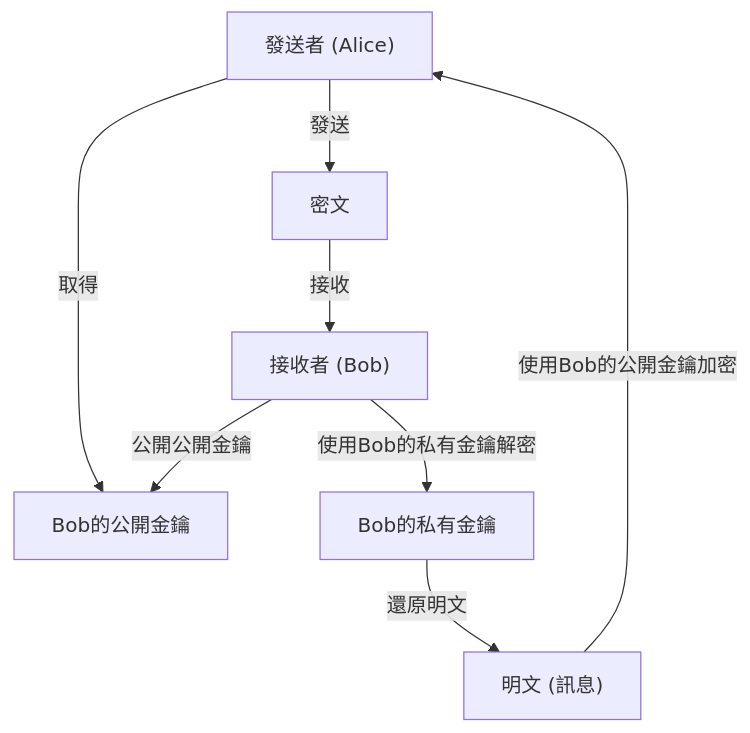
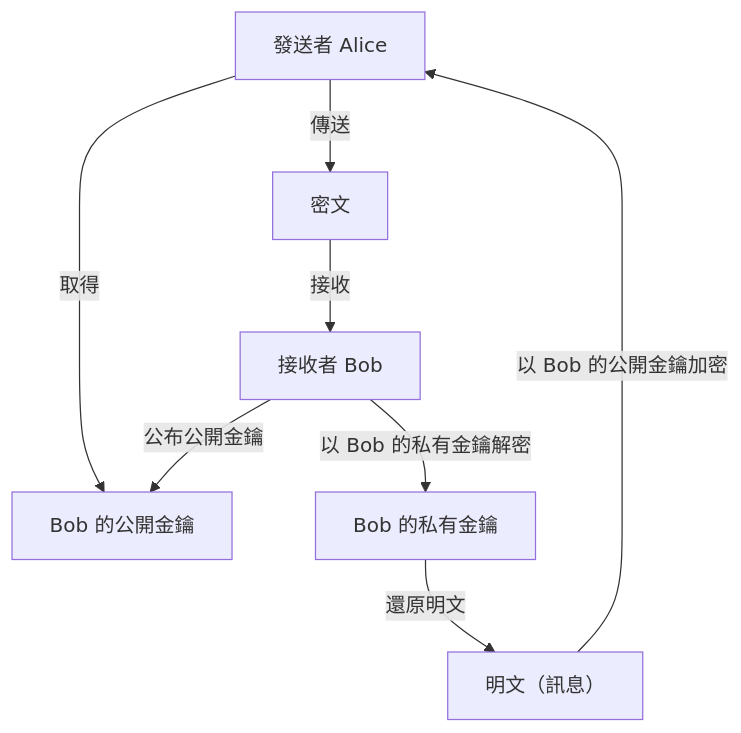
One commit to kenjinote/blog changed the first of 3 diagrams in content/post/modern-cryptography-public-key-hash-signature/index.zh-tw.md. Above: the diagram before and after it, drawn with Mermaid. The commit also changed other lines of this file and 6 other files, not shown here.

````diff
--- a/content/post/modern-cryptography-public-key-hash-signature/index.zh-tw.md
+++ b/content/post/modern-cryptography-public-key-hash-signature/index.zh-tw.md
@@ -37,17 +36,16 @@
 ```mermaid
 graph TD
-    A["發送者 (Alice)"]
-    B["接收者 (Bob)"]
-    K_Pub["Bob的公開金鑰"]
-    K_Priv["Bob的私有金鑰"]
-    P["明文 (訊息)"]
+    A["發送者 Alice"]
+    B["接收者 Bob"]
+    K_Pub["Bob 的公開金鑰"]
+    K_Priv["Bob 的私有金鑰"]
+    P["明文（訊息）"]
     C["密文"]
-
-    B -->|"公開公開金鑰"| K_Pub
+    B -->|"公布公開金鑰"| K_Pub
     A -->|"取得"| K_Pub
-    P -->|"使用Bob的公開金鑰加密"| A
-    A -->|"發送"| C
+    P -->|"以 Bob 的公開金鑰加密"| A
+    A -->|"傳送"| C
     C -->|"接收"| B
-    B -->|"使用Bob的私有金鑰解密"| K_Priv
+    B -->|"以 Bob 的私有金鑰解密"| K_Priv
     K_Priv -->|"還原明文"| P
 ```
````
